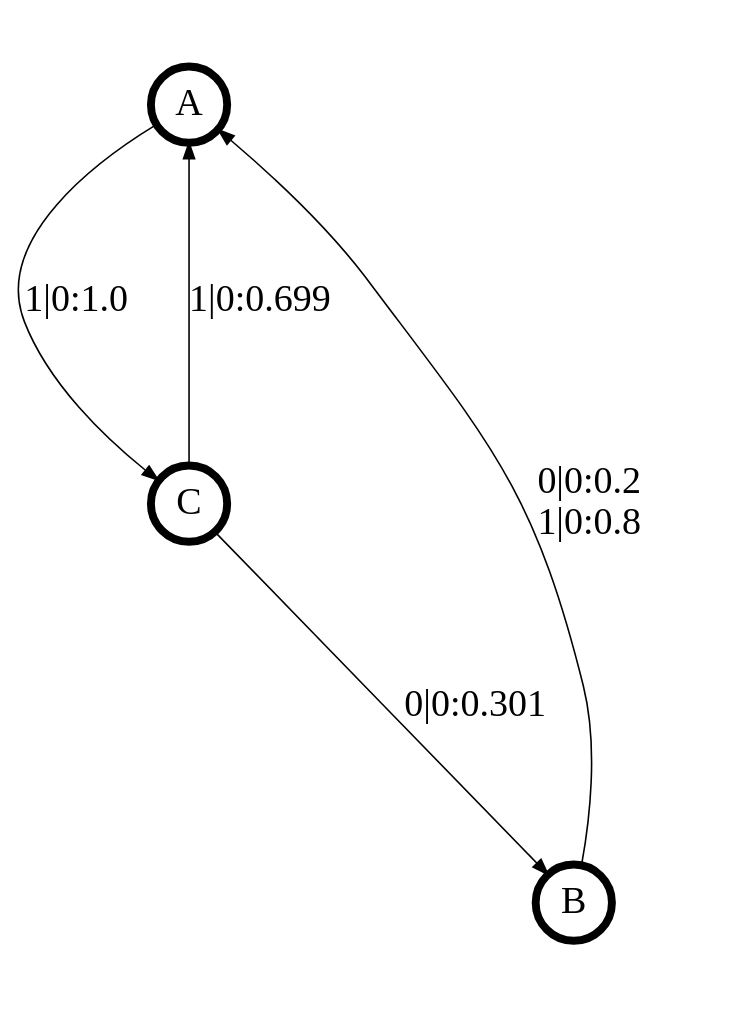
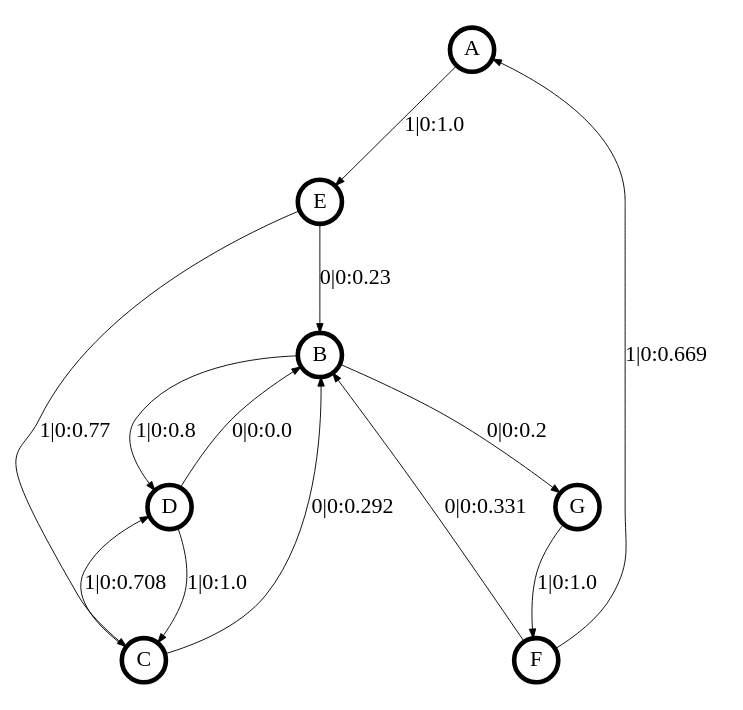
The diagram in transCSSR_results/+RIP.dot (ddarmon/transCSSR), drawn with Graphviz before and after one commit. The commit also changed 10 other files, not shown here.

```diff
--- a/transCSSR_results/+RIP.dot
+++ b/transCSSR_results/+RIP.dot
@@ -1,16 +1,24 @@
 digraph  {
 size = "6,8.5";
 ratio = "fill";
 node
 [shape = circle];
 node [fontsize = 24];
 node [penwidth = 5];
 edge [fontsize = 24];
 node [fontname = "CMU Serif Roman"];
 graph [fontname = "CMU Serif Roman"];
 edge [fontname = "CMU Serif Roman"];
-A -> C [label = "1|0:1.0\l"];
-B -> A [label = "0|0:0.2\l1|0:0.8\l"];
-C -> A [label = "1|0:0.699\l"];
-C -> B [label = "0|0:0.301\l"];
+A -> E [label = "1|0:1.0\l"];
+B -> D [label = "1|0:0.8\l"];
+B -> G [label = "0|0:0.2\l"];
+C -> B [label = "0|0:0.292\l"];
+C -> D [label = "1|0:0.708\l"];
+D -> B [label = "0|0:0.0\l"];
+D -> C [label = "1|0:1.0\l"];
+E -> B [label = "0|0:0.23\l"];
+E -> C [label = "1|0:0.77\l"];
+F -> A [label = "1|0:0.669\l"];
+F -> B [label = "0|0:0.331\l"];
+G -> F [label = "1|0:1.0\l"];
 }
```
